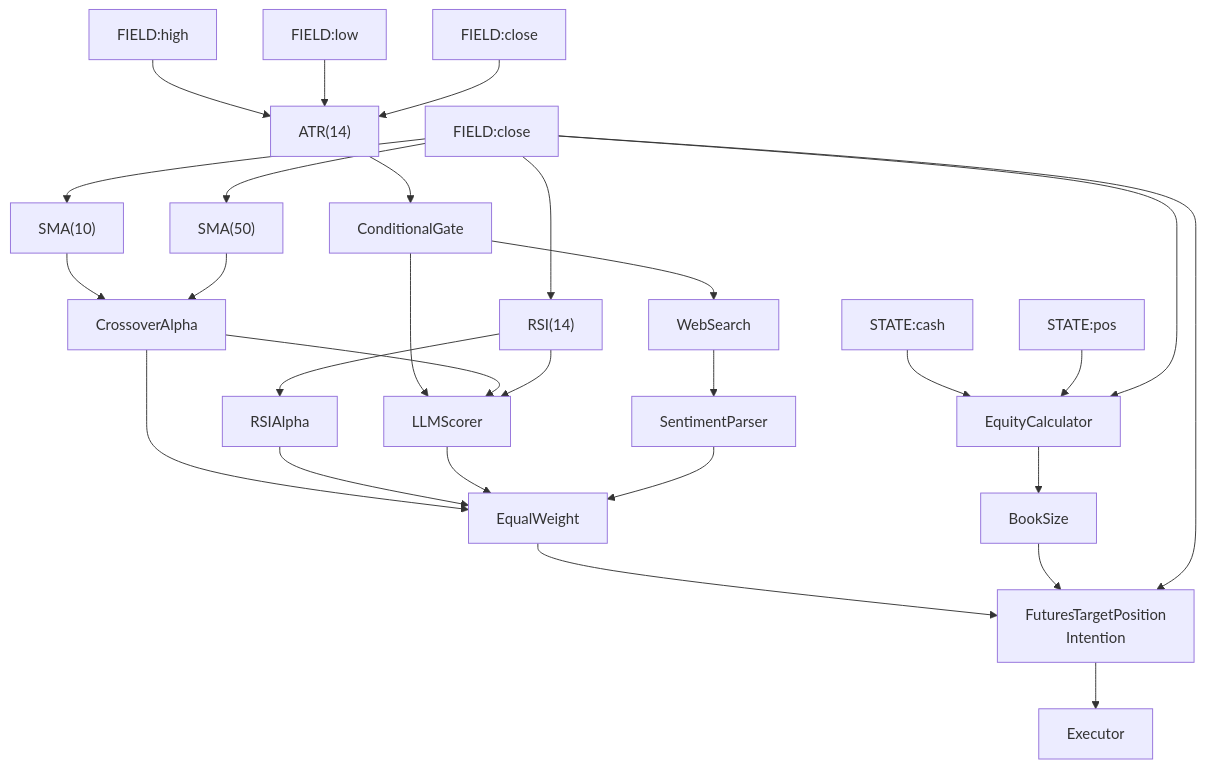
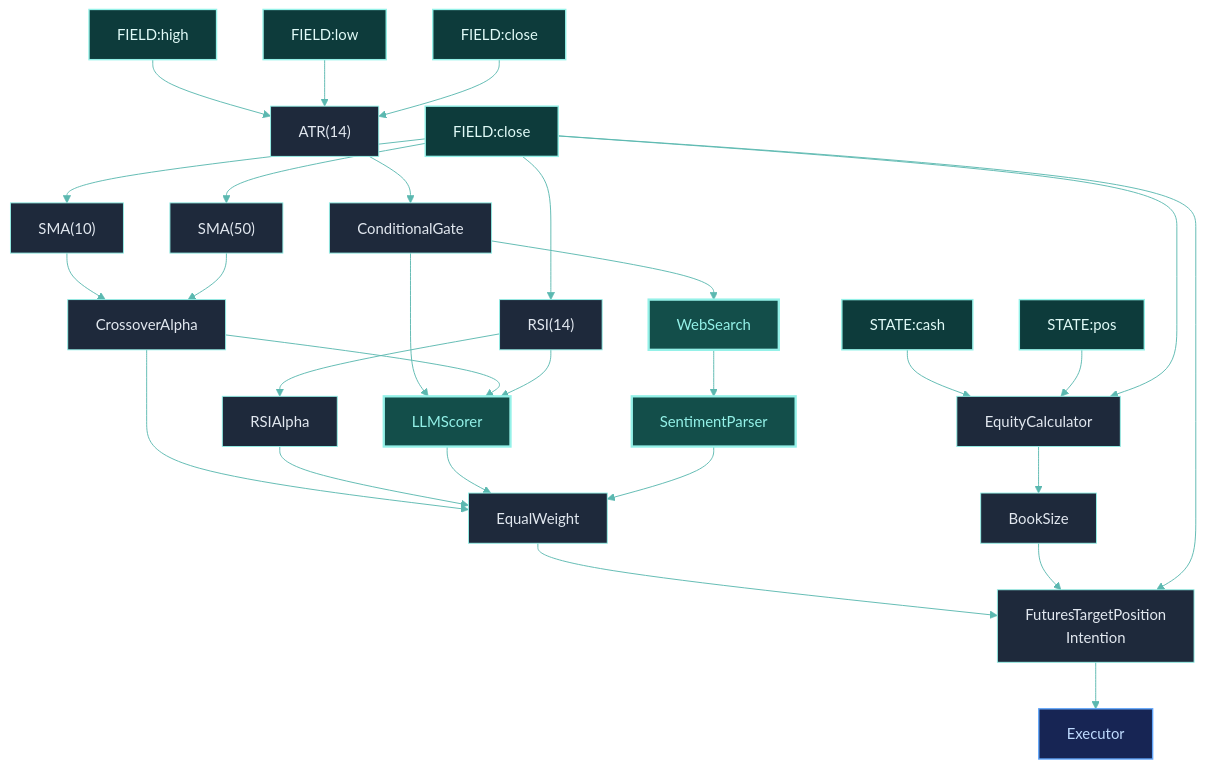
One commit to Clypt/docs changed the diagram in tutorials/ai-augmented.mdx. Above: the diagram before and after it, drawn with Mermaid. The commit also changed 73 other files, not shown here.

````diff
--- a/tutorials/ai-augmented.mdx
+++ b/tutorials/ai-augmented.mdx
@@ -263,41 +263,50 @@
 ```mermaid
+%%{init: {'theme': 'base', 'themeVariables': { 'primaryColor': '#1e293b', 'primaryTextColor': '#e2e8f0', 'primaryBorderColor': '#94F1E8', 'lineColor': '#5bb8b0', 'clusterBkg': '#0f172a', 'clusterBorder': '#1e3a3a', 'titleColor': '#94F1E8', 'edgeLabelBackground': 'transparent' }}}%%
 flowchart TB
+    classDef source fill:#0d3b3b,stroke:#94F1E8,stroke-width:1.5px,color:#e0faf7
+    classDef highlight fill:#134e4a,stroke:#94F1E8,stroke-width:2.5px,color:#94F1E8
+    classDef action fill:#172554,stroke:#60a5fa,stroke-width:1.5px,color:#bfdbfe
+
     CLOSE["FIELD:close"]
     CLOSE --> sma10["SMA(10)"]
     CLOSE --> sma50["SMA(50)"]
     CLOSE --> rsi14["RSI(14)"]
 
     sma10 --> crossover["CrossoverAlpha"]
     sma50 --> crossover
 
     rsi14 --> rsi_alpha["RSIAlpha"]
 
     HIGH["FIELD:high"] --> atr["ATR(14)"]
     LOW["FIELD:low"] --> atr
     CLOSE2["FIELD:close"] --> atr
 
     atr --> gate["ConditionalGate"]
 
     gate --> websearch["WebSearch"]
     gate --> llm["LLMScorer"]
     crossover --> llm
     rsi14 --> llm
 
     websearch --> sentiment["SentimentParser"]
 
     crossover --> ew["EqualWeight"]
     rsi_alpha --> ew
     llm --> ew
     sentiment --> ew
 
     STATE_CASH["STATE:cash"] --> equity["EquityCalculator"]
     STATE_POS["STATE:pos"] --> equity
     CLOSE --> equity
     equity --> book["BookSize"]
 
     ew --> intention["FuturesTargetPosition<br>Intention"]
     book --> intention
     CLOSE --> intention
 
     intention --> executor["Executor"]
+
+    class CLOSE,CLOSE2,HIGH,LOW,STATE_CASH,STATE_POS source
+    class websearch,llm,sentiment highlight
+    class executor action
 ```
````
